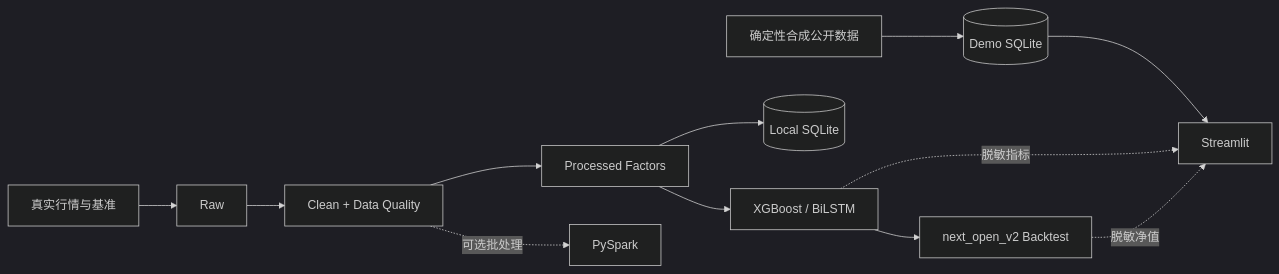
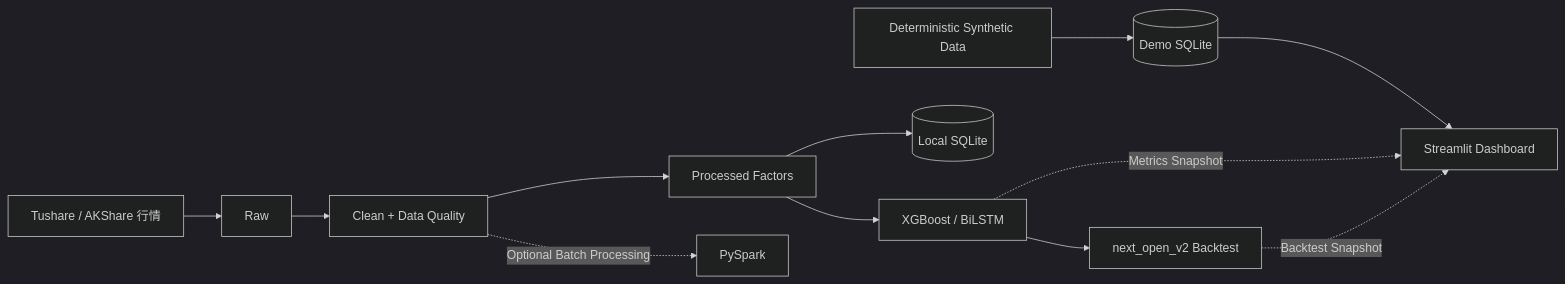
The diagram in README.md (duerm85-cell/data-analysis-portfolio), drawn with Mermaid (dark theme) before and after one commit. The commit also changed other lines of this file and 22 other files, not shown here.

````diff
--- a/README.md
+++ b/README.md
@@ -17,15 +34,15 @@
 ```mermaid
 flowchart LR
-    A[真实行情与基准] --> B[Raw]
+    A[Tushare / AKShare 行情] --> B[Raw]
     B --> C[Clean + Data Quality]
     C --> D[Processed Factors]
     D --> E[XGBoost / BiLSTM]
     E --> F[next_open_v2 Backtest]
     D --> G[(Local SQLite)]
 
-    H[确定性合成公开数据] --> I[(Demo SQLite)]
-    I --> J[Streamlit]
-    E -. 脱敏指标 .-> J
-    F -. 脱敏净值 .-> J
-    C -. 可选批处理 .-> K[PySpark]
+    H[Deterministic Synthetic Data] --> I[(Demo SQLite)]
+    I --> J[Streamlit Dashboard]
+    E -. Metrics Snapshot .-> J
+    F -. Backtest Snapshot .-> J
+    C -. Optional Batch Processing .-> K[PySpark]
 ```
````
